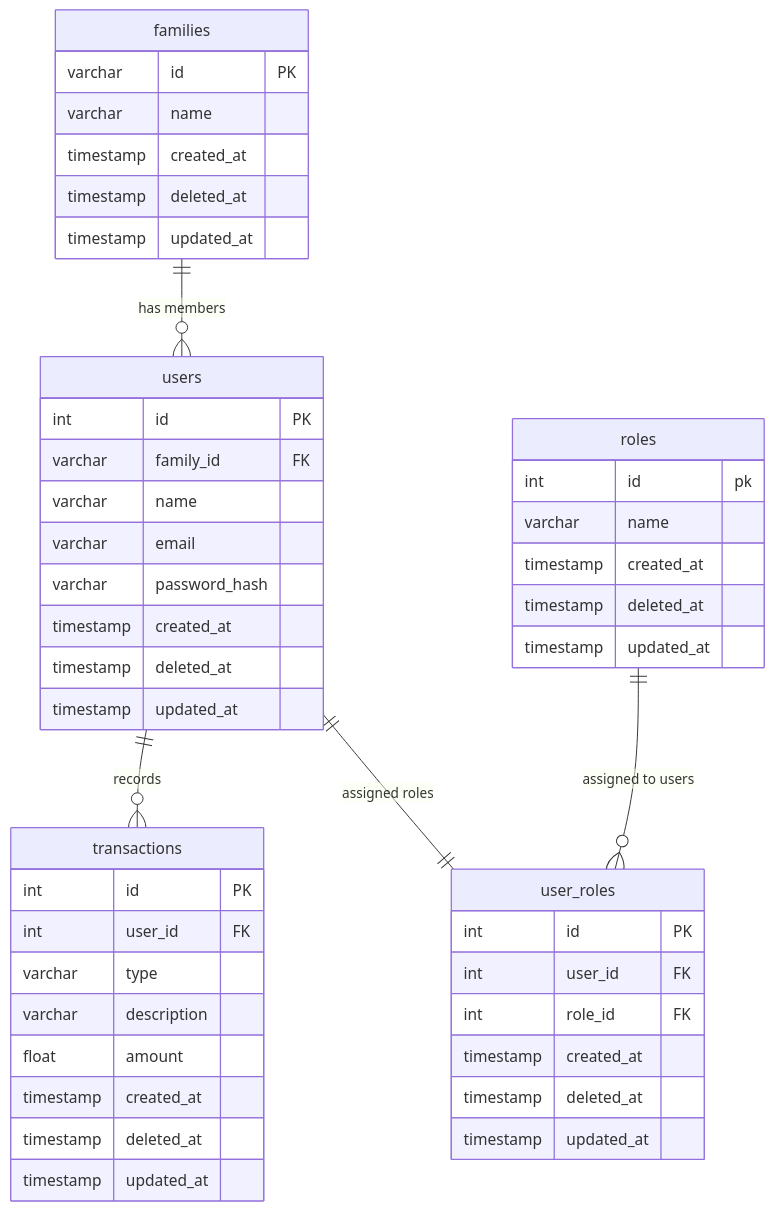
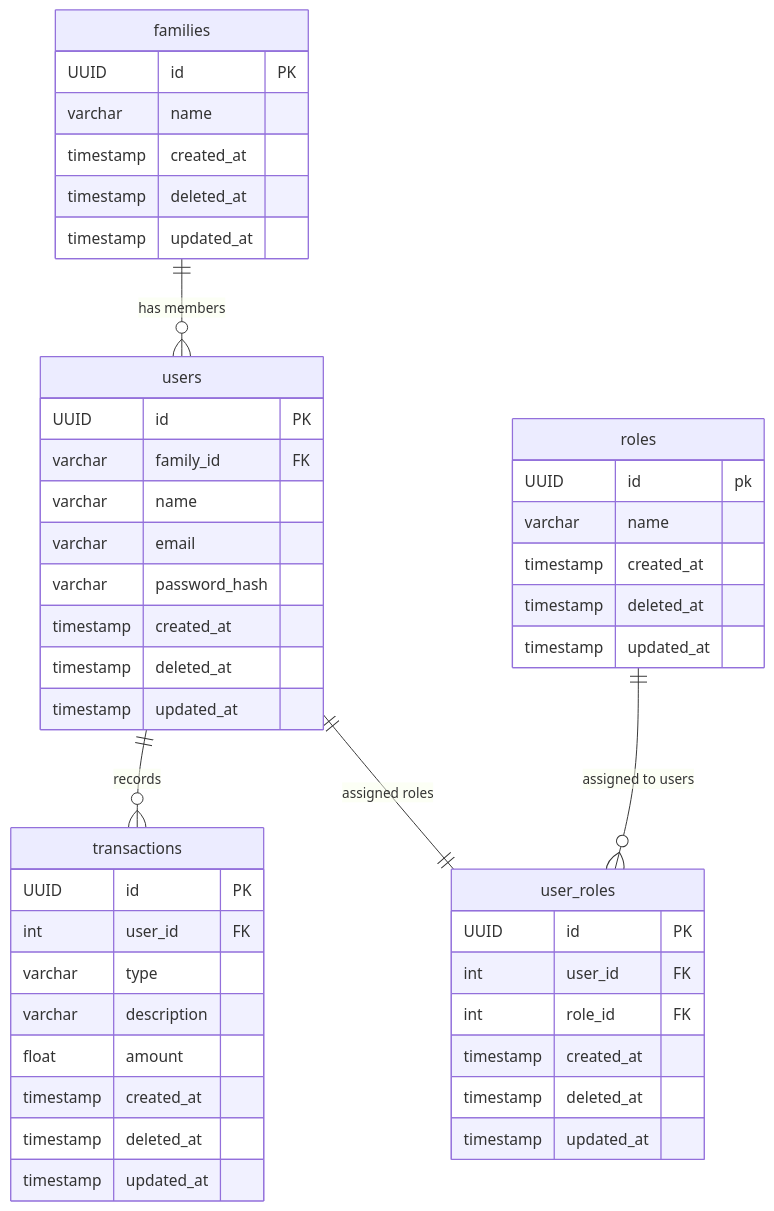
The diagram in docs/Technical/sechema.md (Rudraksh-GKMIT/PocketBuddy-docs), drawn with Mermaid before and after one commit. The commit also changed 12 other files, not shown here.

Commit message:
fix :updated the schema table

````diff
--- a/docs/Technical/sechema.md
+++ b/docs/Technical/sechema.md
@@ -4,50 +4,50 @@
 ```mermaid
 
 erDiagram
     users{
-        int id PK
+        UUID id PK
         varchar family_id FK 
         varchar name
         varchar email
         varchar password_hash 
         timestamp created_at 
         timestamp deleted_at 
         timestamp updated_at 
     }
     roles{
-        int id pk
+        UUID id pk
         varchar name
         timestamp created_at 
         timestamp deleted_at 
         timestamp updated_at
     }
     families {
-        varchar id PK
+        UUID id PK
         varchar name 
         timestamp created_at 
         timestamp deleted_at 
         timestamp updated_at 
     }
     transactions {
-        int id PK 
+        UUID id PK 
         int user_id FK 
         varchar type 
         varchar description 
         float amount
         timestamp created_at 
         timestamp deleted_at 
         timestamp updated_at
     }
     user_roles {
-        int id PK
+        UUID id PK
         int user_id FK
         int role_id FK
         timestamp created_at 
         timestamp deleted_at 
         timestamp updated_at 
     }
     users ||--|| user_roles : "assigned roles"
     families ||--o{ users : "has members"
     users ||--o{ transactions : "records"
     roles ||--o{ user_roles : "assigned to users"
 ```
````
